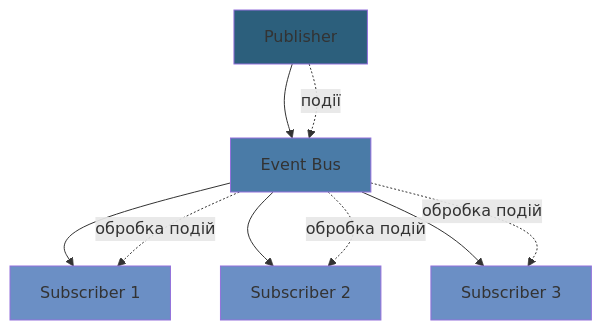
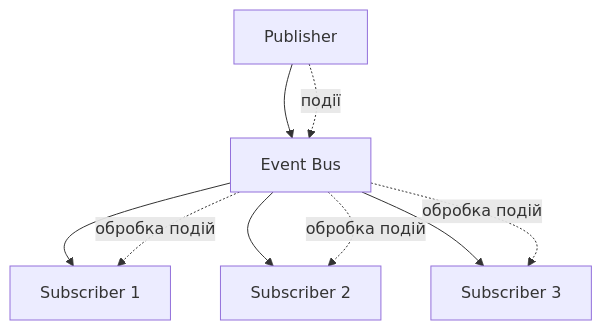
One commit to olroi421/cvk-kpi changed the fourth of 15 diagrams in docs/pages/pres.md. Above: the diagram before and after it, drawn with Mermaid. The commit also changed other lines of this file, not shown here.

````diff
--- a/docs/pages/pres.md
+++ b/docs/pages/pres.md
@@ -193,18 +175,13 @@
 ```mermaid
 graph TD
     A[Publisher] --> B[Event Bus]
     B --> C[Subscriber 1]
     B --> D[Subscriber 2]
     B --> E[Subscriber 3]
 
     A -.->|події| B
     B -.->|обробка подій| C
     B -.->|обробка подій| D
     B -.->|обробка подій| E
 
-    style A fill:#2C5F7C
-    style B fill:#4A7BA7
-    style C fill:#6B8FC5
-    style D fill:#6B8FC5
-    style E fill:#6B8FC5
 ```
````
